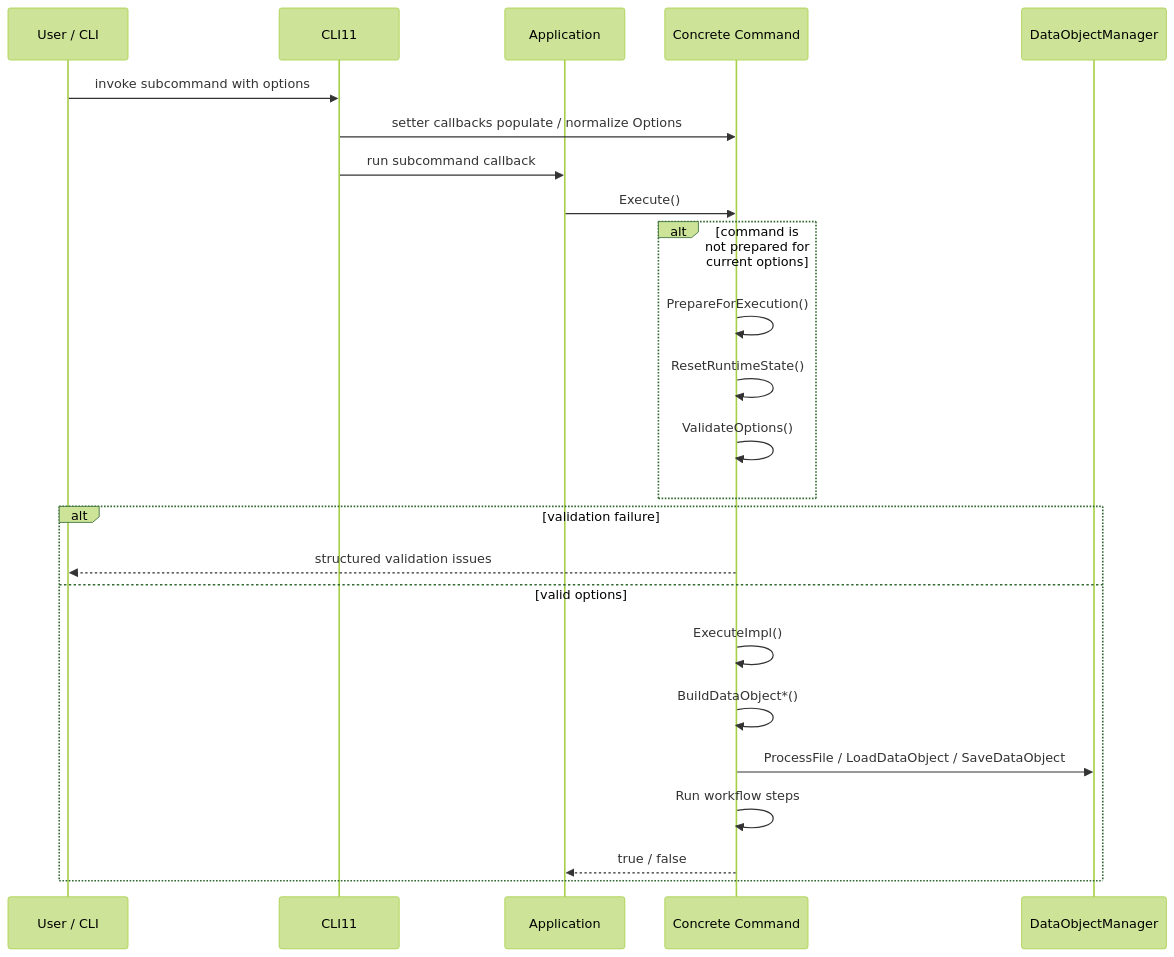
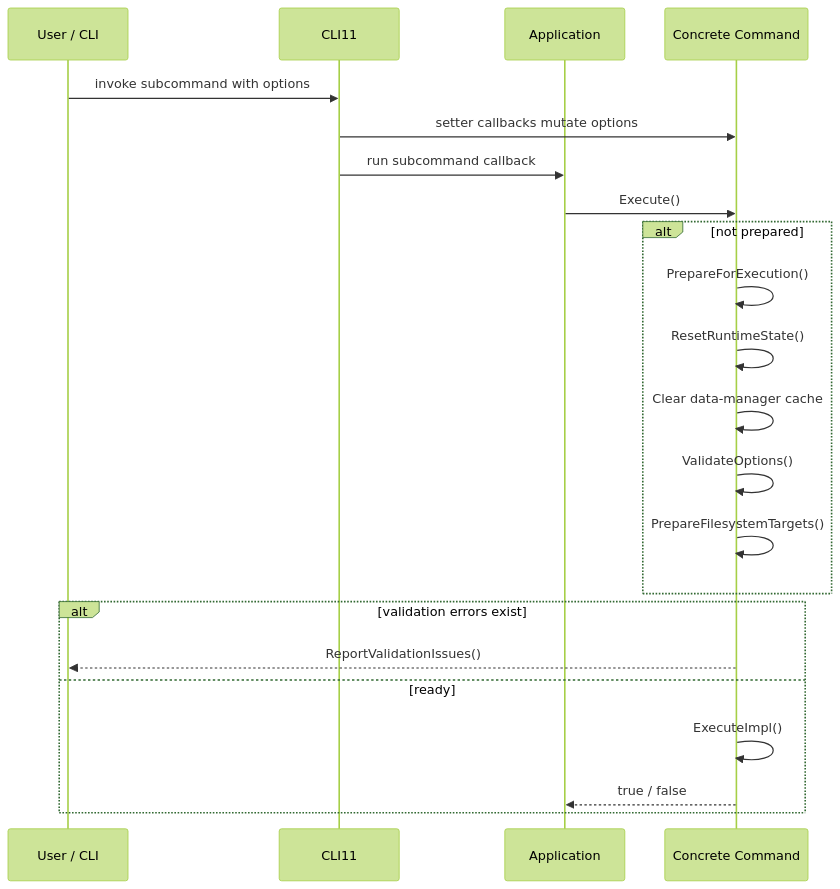
Before and after one commit to yslianTim/rhbm_gem: the second of 2 diagrams in docs/developer/architecture/command-architecture.md, drawn with Mermaid (forest theme). The commit also changed other lines of this file, not shown here.

````diff
--- a/docs/developer/architecture/command-architecture.md
+++ b/docs/developer/architecture/command-architecture.md
@@ -155,27 +203,25 @@
 ```mermaid
 sequenceDiagram
     participant User as User / CLI
     participant CLI as CLI11
     participant App as Application
     participant Cmd as Concrete Command
-    participant DM as DataObjectManager
 
     User->>CLI: invoke subcommand with options
-    CLI->>Cmd: setter callbacks populate / normalize Options
+    CLI->>Cmd: setter callbacks mutate options
     CLI->>App: run subcommand callback
     App->>Cmd: Execute()
-    alt command is not prepared for current options
+    alt not prepared
         Cmd->>Cmd: PrepareForExecution()
         Cmd->>Cmd: ResetRuntimeState()
+        Cmd->>Cmd: Clear data-manager cache
         Cmd->>Cmd: ValidateOptions()
+        Cmd->>Cmd: PrepareFilesystemTargets()
     end
-    alt validation failure
-        Cmd-->>User: structured validation issues
-    else valid options
+    alt validation errors exist
+        Cmd-->>User: ReportValidationIssues()
+    else ready
         Cmd->>Cmd: ExecuteImpl()
-        Cmd->>Cmd: BuildDataObject*()
-        Cmd->>DM: ProcessFile / LoadDataObject / SaveDataObject
-        Cmd->>Cmd: Run workflow steps
         Cmd-->>App: true / false
     end
 ```
````
